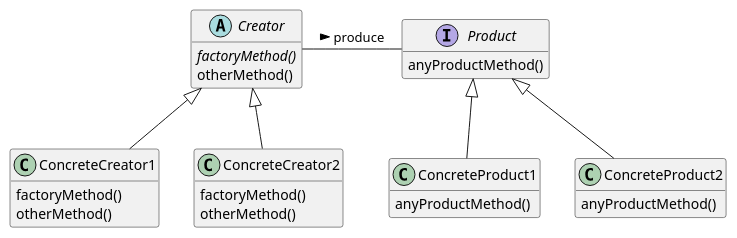
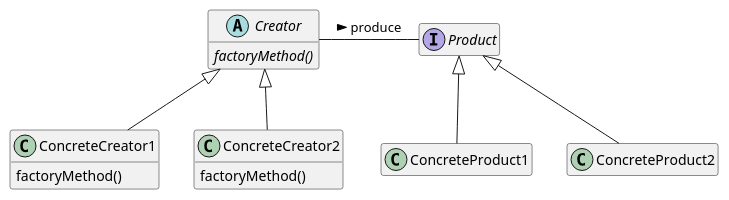
Before and after one commit to gama79530/DesignPattern: the diagram in FactoryMethodPattern/FactoryMethodPattern.puml, drawn with PlantUML. The commit also changed 38 other files, not shown here.

```diff
--- a/FactoryMethodPattern/FactoryMethodPattern.puml
+++ b/FactoryMethodPattern/FactoryMethodPattern.puml
@@ -1,37 +1,31 @@
 @startuml FactoryMethodPattern
 hide empty members
 
 abstract class Creator{
     {abstract}factoryMethod()
-    otherMethod()
 }
 
 class ConcreteCreator1{
     factoryMethod()
-    otherMethod()
 }
 
 class ConcreteCreator2{
     factoryMethod()
-    otherMethod()
 }
 
 interface Product{
-    anyProductMethod()
 }
 
 class ConcreteProduct1{
-    anyProductMethod()
 }
 
 class ConcreteProduct2{
-    anyProductMethod()
 }
 
 Creator <|-- ConcreteCreator1
 Creator <|-- ConcreteCreator2
 Product <|-- ConcreteProduct1
 Product <|-- ConcreteProduct2
 
 Creator - Product : > produce 
 @enduml
```
